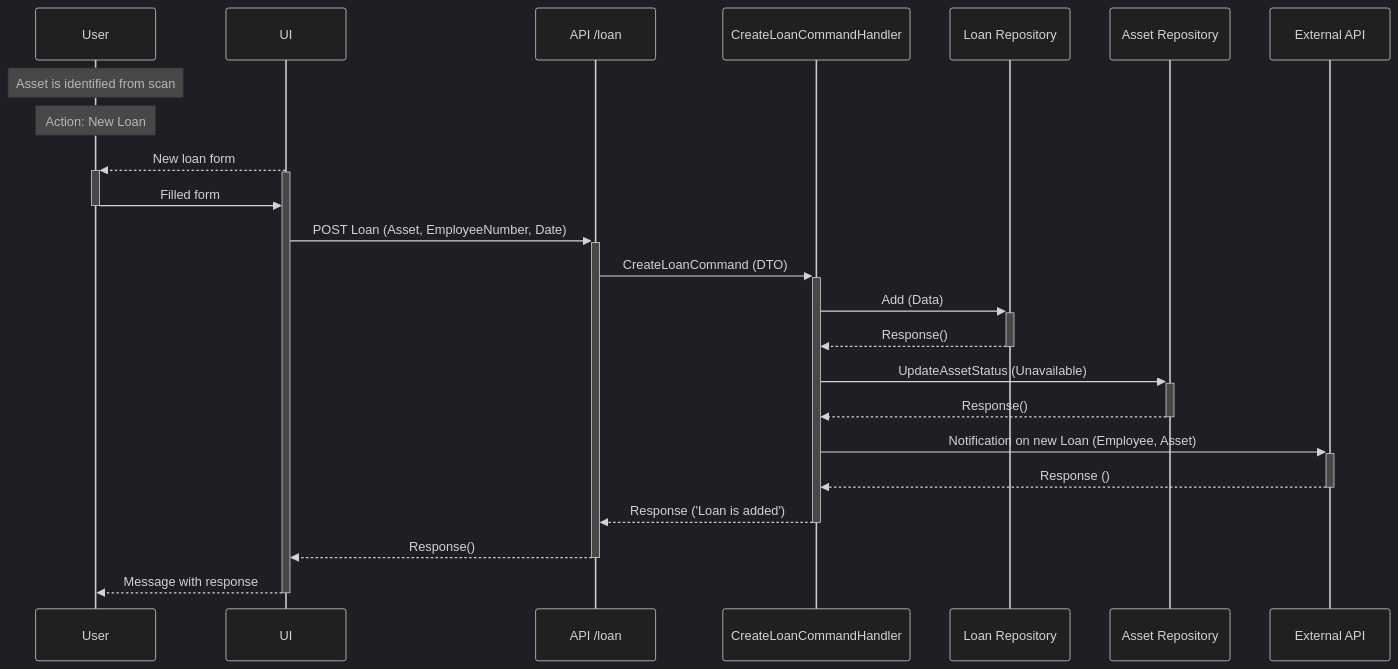
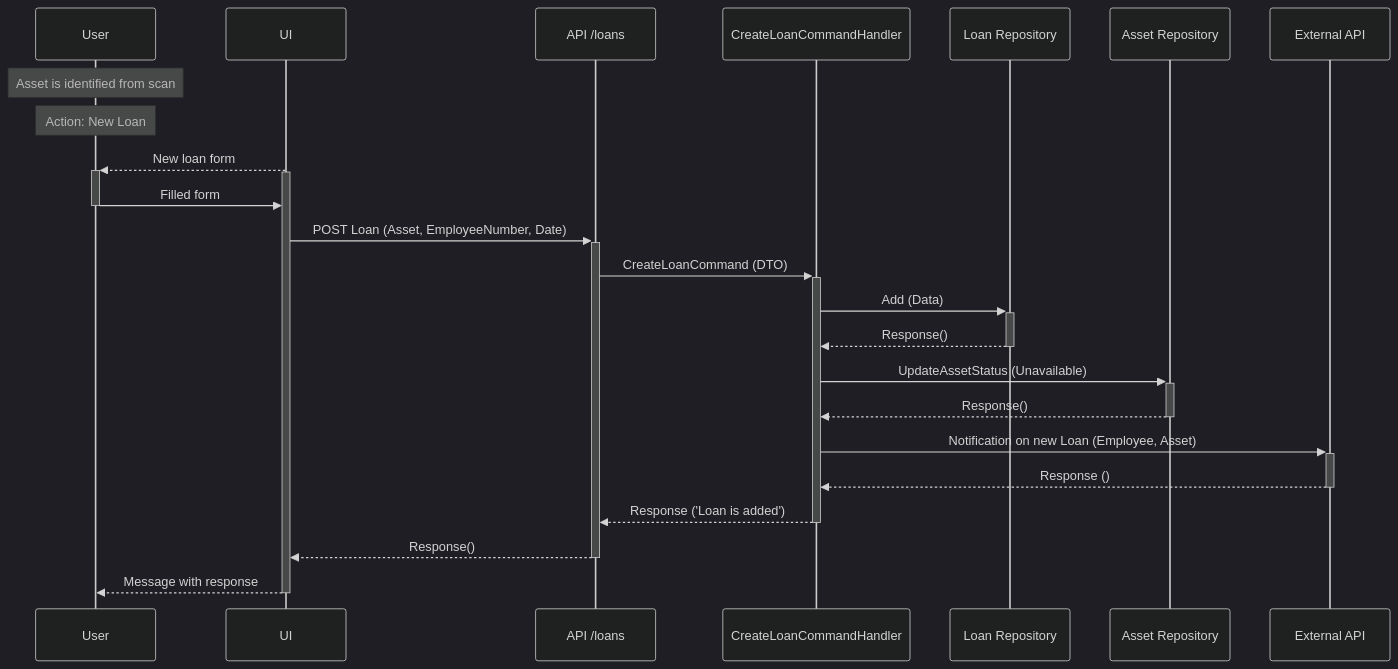
Before and after one commit to livun/bouvet-asset-hub: the first of 3 diagrams in docs/sequence-diagrams/loan-actions.md, drawn with Mermaid (dark theme). The commit also changed other lines of this file and 4 other files, not shown here.

````diff
--- a/docs/sequence-diagrams/loan-actions.md
+++ b/docs/sequence-diagrams/loan-actions.md
@@ -7,21 +7,21 @@
 ```mermaid
 sequenceDiagram
     Note over User : Asset is identified from scan
     Note over User : Action: New Loan
     UI -->>+ User : New loan form
     Activate UI 
         User ->>- UI : Filled form
-            UI ->>+ API /loan : POST Loan (Asset, EmployeeNumber, Date)
-                API /loan ->>+ CreateLoanCommandHandler : CreateLoanCommand (DTO)
+            UI ->>+ API /loans : POST Loan (Asset, EmployeeNumber, Date)
+                API /loans ->>+ CreateLoanCommandHandler : CreateLoanCommand (DTO)
                     CreateLoanCommandHandler ->>+ Loan Repository : Add (Data)
                     Loan Repository -->>- CreateLoanCommandHandler : Response()
                     CreateLoanCommandHandler ->>+ Asset Repository : UpdateAssetStatus (Unavailable)
                     Asset Repository -->>- CreateLoanCommandHandler : Response()   
                     CreateLoanCommandHandler ->>+ External API : Notification on new Loan (Employee, Asset)
                     External API -->>- CreateLoanCommandHandler : Response ()
-                CreateLoanCommandHandler -->>- API /loan : Response ('Loan is added') 
-            API /loan -->>- UI : Response()
+                CreateLoanCommandHandler -->>- API /loans : Response ('Loan is added') 
+            API /loans -->>- UI : Response()
         UI -->> User : Message with response
     Deactivate UI
    
 ```
````
